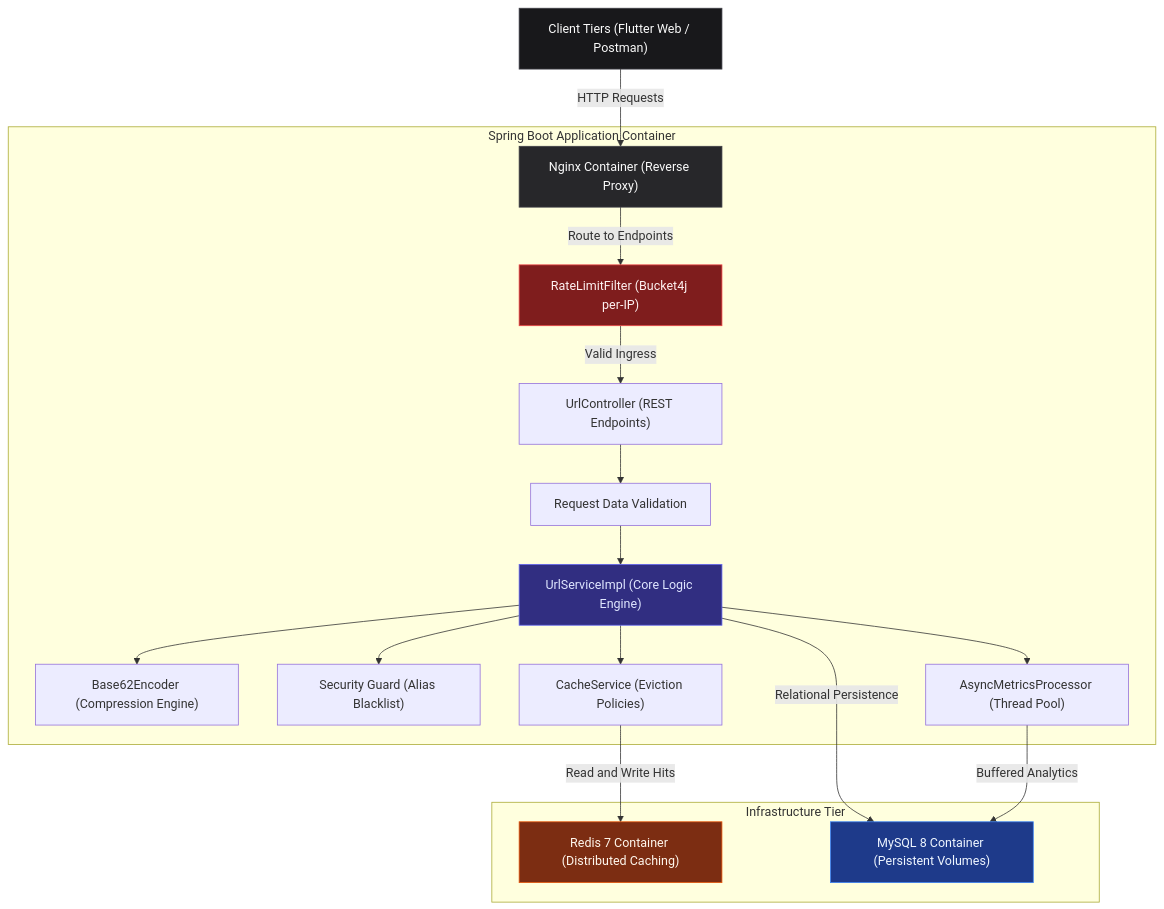
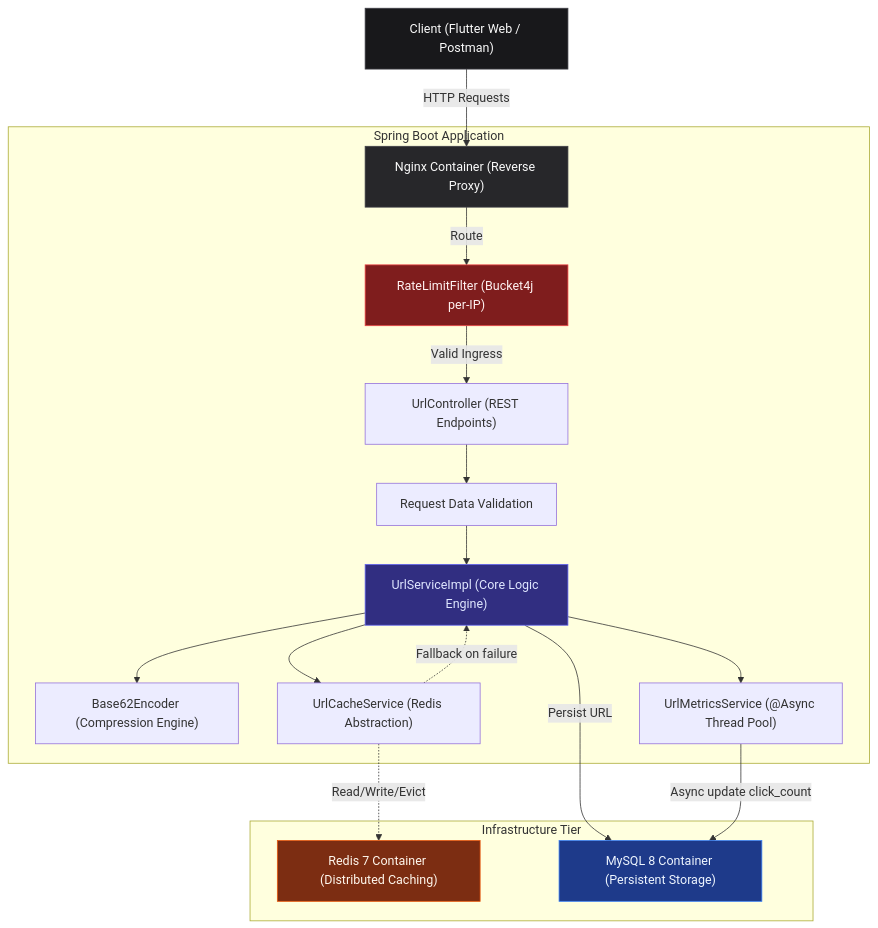
Before and after one commit to khushi-jaiswal0512/Url-shortner: the diagram in README.md, drawn with Mermaid. The commit also changed other lines of this file, not shown here.

````diff
--- a/README.md
+++ b/README.md
@@ -11,44 +12,43 @@
 ```mermaid
 graph TD
     %% Define Nodes
-    Client["Client Tiers (Flutter Web / Postman)"]
+    Client["Client (Flutter Web / Postman)"]
     Nginx["Nginx Container (Reverse Proxy)"]
     Filter["RateLimitFilter (Bucket4j per-IP)"]
     Controller["UrlController (REST Endpoints)"]
-    DTO["Request Data Validation"]
+    Validation["Request Data Validation"]
     Service["UrlServiceImpl (Core Logic Engine)"]
     Encoder["Base62Encoder (Compression Engine)"]
-    Blacklist["Security Guard (Alias Blacklist)"]
-    CacheService["CacheService (Eviction Policies)"]
-    AsyncMetrics["AsyncMetricsProcessor (Thread Pool)"]
+    CacheService["UrlCacheService (Redis Abstraction)"]
+    MetricsService["UrlMetricsService (@Async Thread Pool)"]
     Redis["Redis 7 Container (Distributed Caching)"]
-    MySQL["MySQL 8 Container (Persistent Volumes)"]
+    MySQL["MySQL 8 Container (Persistent Storage)"]
 
     %% Define Connections
     Client -->|HTTP Requests| Nginx
 
-    subgraph SpringBoot [Spring Boot Application Container]
-        Nginx -->|Route to Endpoints| Filter
+    subgraph SpringBoot [Spring Boot Application]
+        Nginx -->|Route| Filter
         Filter -->|Valid Ingress| Controller
-        Controller --> DTO
-        DTO --> Service
+        Controller --> Validation
+        Validation --> Service
         Service --> Encoder
-        Service --> Blacklist
         Service --> CacheService
-        Service --> AsyncMetrics
+        Service --> MetricsService
     end
 
     subgraph InfraTier [Infrastructure Tier]
-        CacheService -->|Read and Write Hits| Redis
-        Service -->|Relational Persistence| MySQL
-        AsyncMetrics -->|Buffered Analytics| MySQL
+        CacheService -.->|Read/Write/Evict| Redis
+        CacheService -.->|Fallback on failure| Service
+        Service -->|Persist URL| MySQL
+        MetricsService -->|Async update click_count| MySQL
     end
 
     %% Visual Styling
     style Client fill:#18181b,stroke:#3f3f46,color:#fafafa
     style Nginx fill:#27272a,stroke:#3f3f46,color:#fafafa
     style Filter fill:#7f1d1d,stroke:#ef4444,color:#fef2f2
     style Redis fill:#7c2d12,stroke:#ea580c,color:#fff7ed
     style MySQL fill:#1e3a8a,stroke:#3b82f6,color:#eff6ff
     style Service fill:#312e81,stroke:#6366f1,color:#e0e7ff
 ```
````
